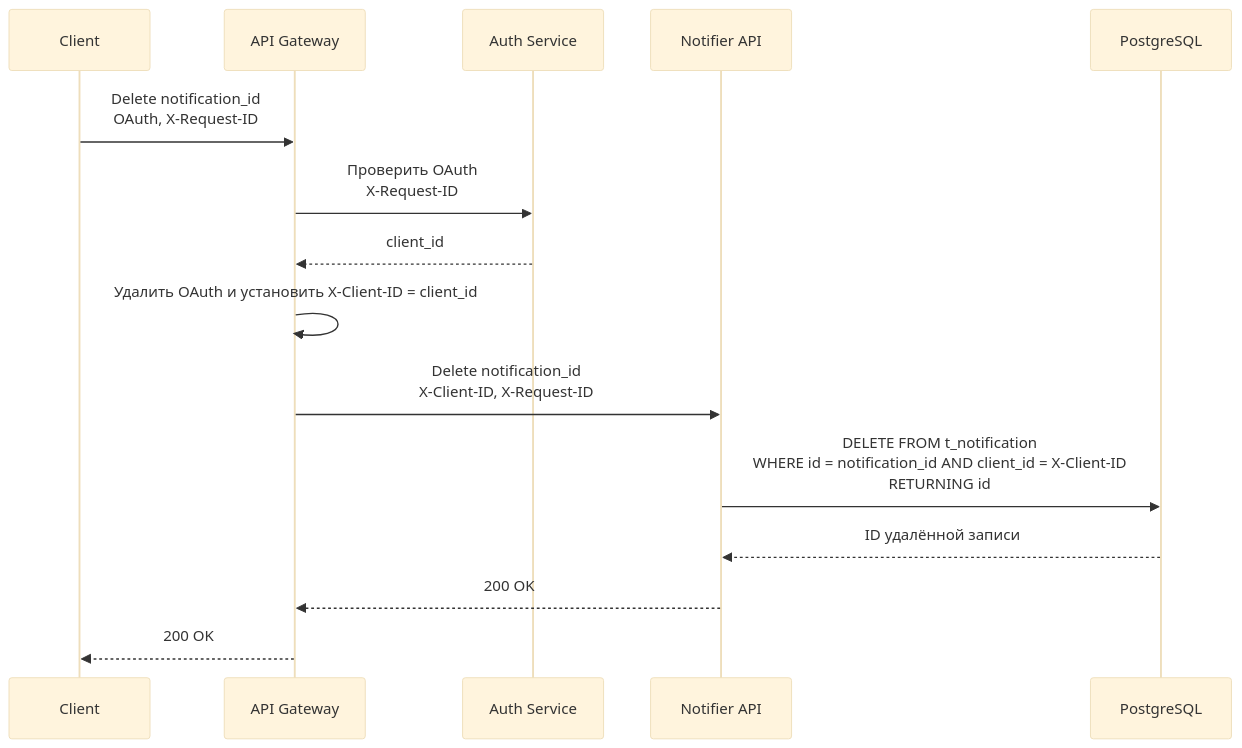
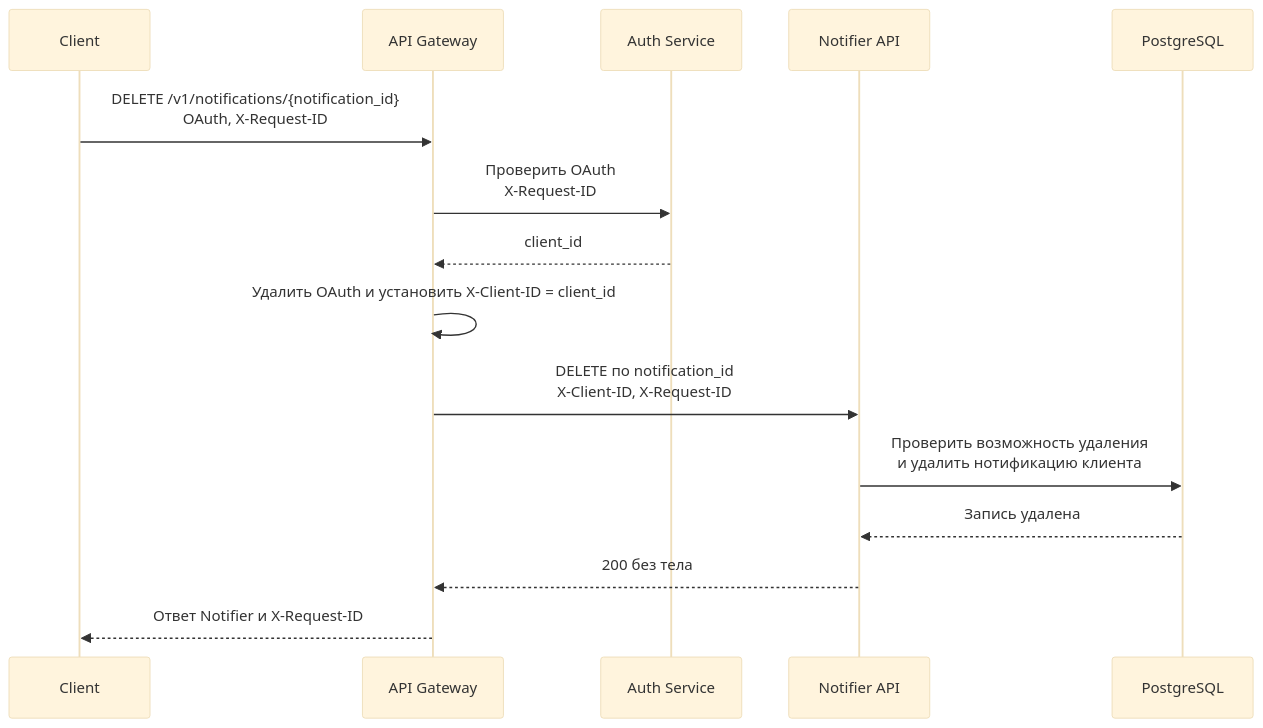
One commit to ssunshineguy/notifier changed the fourth of 6 diagrams in README.md. Above: the diagram before and after it, drawn with Mermaid (base theme). The commit also changed other lines of this file, not shown here.

Commit message:
Update README diagrams and local development instructions

````diff
--- a/README.md
+++ b/README.md
@@ -109,18 +124,18 @@
 ```mermaid
 sequenceDiagram
     participant C as Client
     participant G as API Gateway
     participant A as Auth Service
     participant N as Notifier API
     participant DB as PostgreSQL
 
-    C->>G: Delete notification_id<br/>OAuth, X-Request-ID
+    C->>G: DELETE /v1/notifications/{notification_id}<br/>OAuth, X-Request-ID
     G->>A: Проверить OAuth<br/>X-Request-ID
     A-->>G: client_id
     G->>G: Удалить OAuth и установить X-Client-ID = client_id
-    G->>N: Delete notification_id<br/>X-Client-ID, X-Request-ID
-    N->>DB: DELETE FROM t_notification<br/>WHERE id = notification_id AND client_id = X-Client-ID<br/>RETURNING id
-    DB-->>N: ID удалённой записи
-    N-->>G: 200 OK
-    G-->>C: 200 OK
+    G->>N: DELETE по notification_id<br/>X-Client-ID, X-Request-ID
+    N->>DB: Проверить возможность удаления<br/>и удалить нотификацию клиента
+    DB-->>N: Запись удалена
+    N-->>G: 200 без тела
+    G-->>C: Ответ Notifier и X-Request-ID
 ```
````
